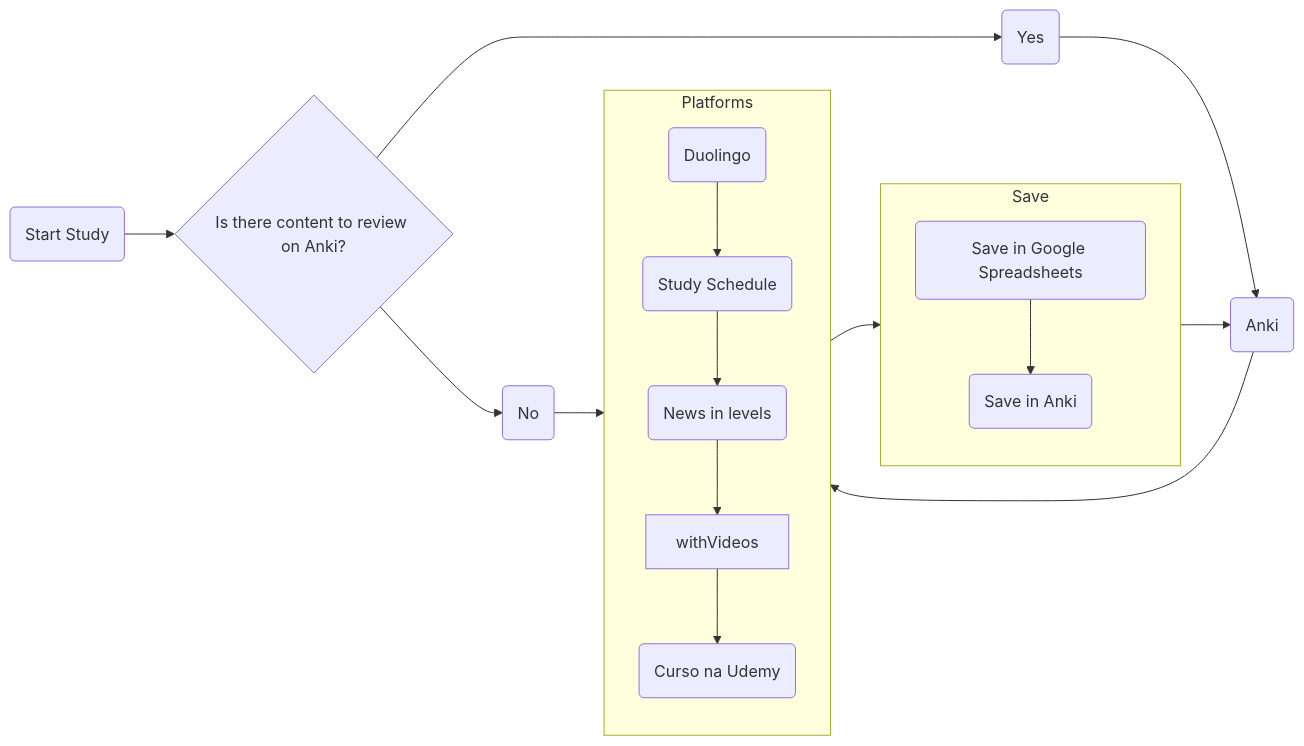
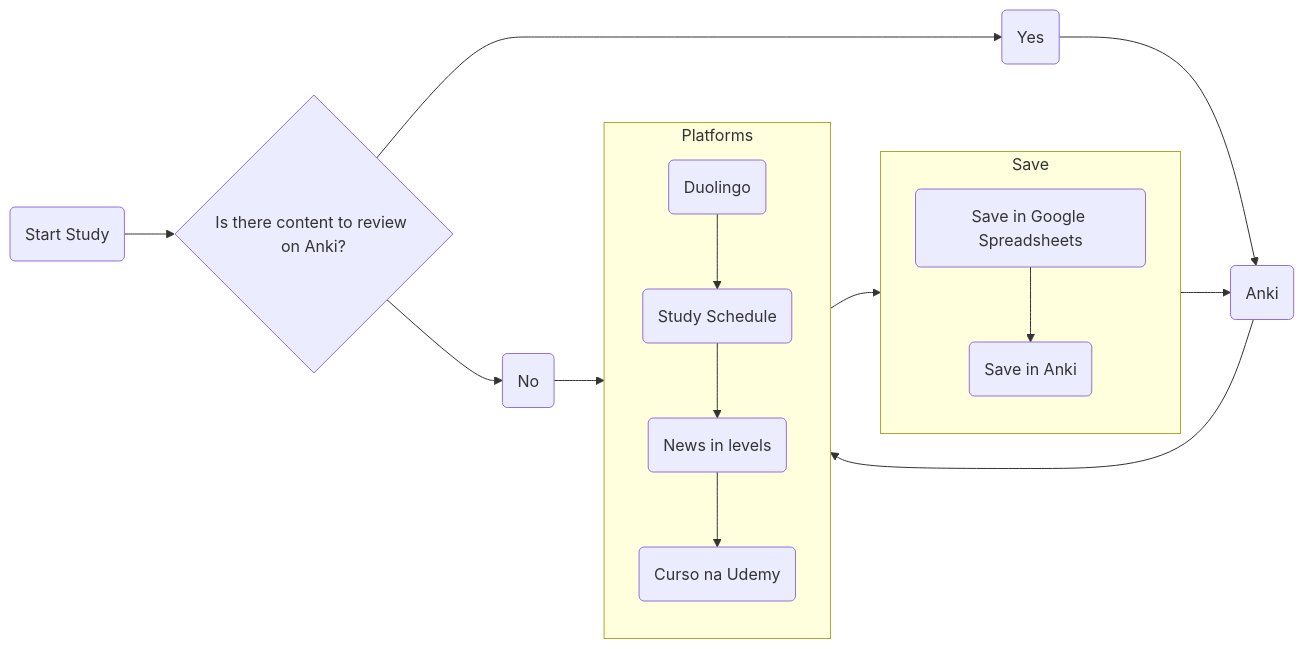
Before and after one commit to douglasmatosdev/English-Studies: the diagram in README.md, drawn with Mermaid.

````diff
--- a/README.md
+++ b/README.md
@@ -8,41 +8,41 @@
 ```mermaid
 flowchart LR
 
 A(Start Study)
 A?B{Is there content to review on Anki?}
 
 duolingo(Duolingo)
 y(Yes)
 n(No)
 anki(Anki)
 ankisave(Save in Anki)
 spreadsheetssave(Save in Google Spreadsheets)
 studySchedule(Study Schedule)
 newsinlevels(News in levels)
 udemy(Curso na Udemy)
 
 
 A-->A?B-->y-->anki-->Platforms
 A?B-->n-->Platforms
 
 subgraph Save
       direction TB
       spreadsheetssave -->ankisave
 end
 
 subgraph Platforms
 	direction TB
-	duolingo -->studySchedule --> newsinlevels -->withVideos -->udemy
+	duolingo -->studySchedule --> newsinlevels -->udemy
 end
 
 Platforms-->Save
 Save-->anki
 
 click anki "https://ankiweb.net/decks/" _blank
 click ankisave "https://ankiweb.net/decks/" _blank
 click duolingo "https://www.duolingo.com/learn" _blank
 click studySchedule "https://www.nacaofluente.com/blog/como-aprender-ingles-no-youtube/" _blank
 click newsinlevels "https://www.newsinlevels.com/" _blank
 click spreadsheetssave "https://docs.google.com/spreadsheets/d/1arlHxIkvthya-5m9DFAn3_cooVw2jMa86urfHyFg8ZE/edit#gid=0" _blank
 click udemy "https://viasat.udemy.com/course/reiniciar-seu-ingles-do-zero/learn/lecture/8256838#overview" _blank
 ```
````
